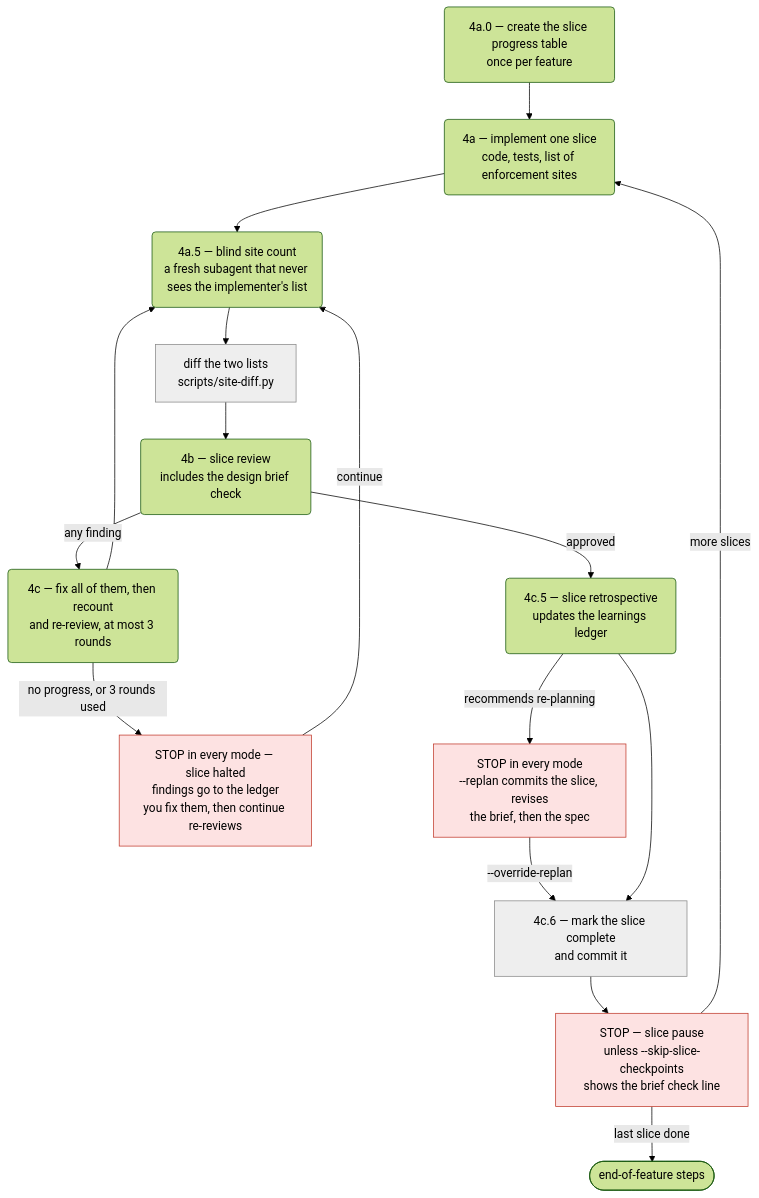
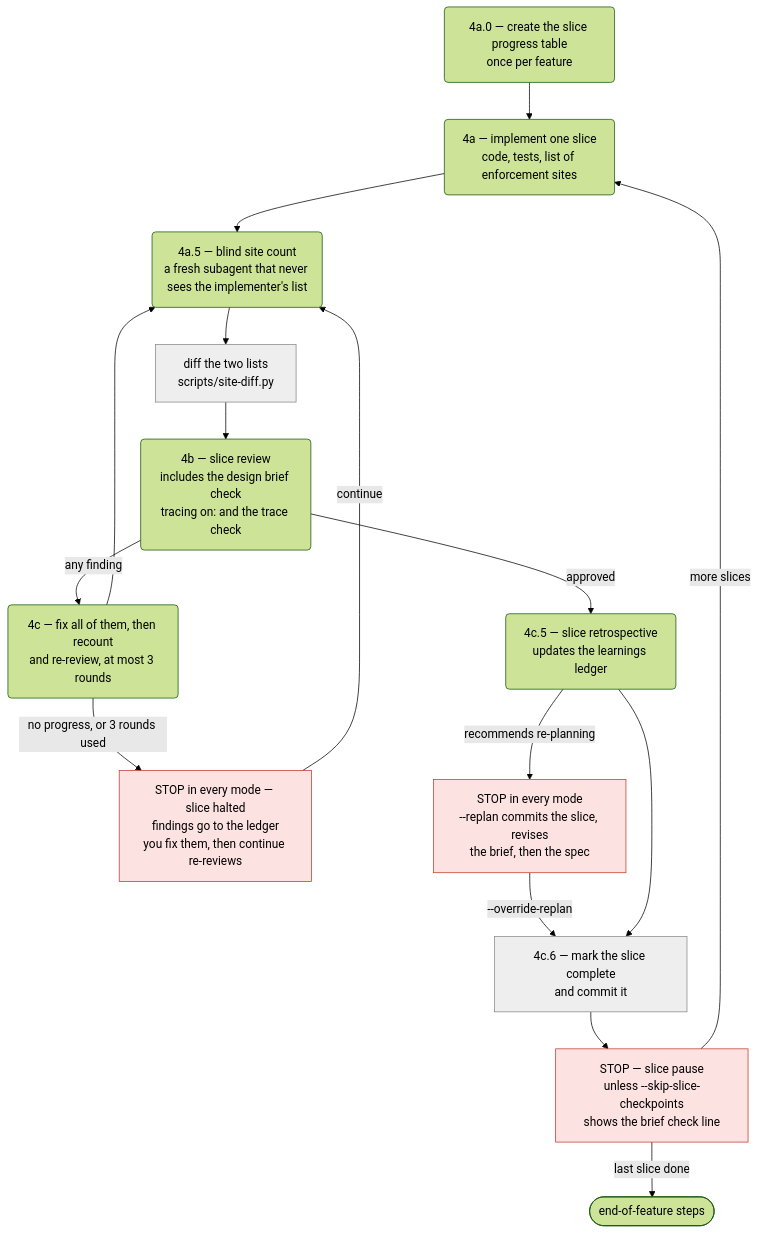
One commit to pablooliva/claude-plugins changed the third of 4 diagrams in agent-engineering/docs/sdd-flow-diagram.md. Above: the diagram before and after it, drawn with Mermaid (forest theme). The commit also changed other lines of this file and 14 other files, not shown here.

First line of the commit message:
ae(3.8.0): tracing inside sdd-flow, and own-function recording — release

````diff
--- a/agent-engineering/docs/sdd-flow-diagram.md
+++ b/agent-engineering/docs/sdd-flow-diagram.md
@@ -93,21 +93,21 @@
 ```mermaid
 flowchart TD
     scaffold("4a.0 — create the slice progress table<br/>once per feature") --> impl("4a — implement one slice<br/>code, tests, list of enforcement sites")
     impl --> count("4a.5 — blind site count<br/>a fresh subagent that never sees the implementer's list")
     count --> diff["diff the two lists<br/>scripts/site-diff.py"]:::orch
-    diff --> review("4b — slice review<br/>includes the design brief check")
+    diff --> review("4b — slice review<br/>includes the design brief check<br/>tracing on: and the trace check")
     review -- "any finding" --> fix("4c — fix all of them, then recount<br/>and re-review, at most 3 rounds")
     fix --> count
     fix -- "no progress, or 3 rounds used" --> halt["STOP in every mode — slice halted<br/>findings go to the ledger<br/>you fix them, then continue re-reviews"]:::stop
     halt -- "continue" --> count
     review -- "approved" --> retro("4c.5 — slice retrospective<br/>updates the learnings ledger")
     retro -- "recommends re-planning" --> replan["STOP in every mode<br/>--replan commits the slice, revises<br/>the brief, then the spec"]:::stop
     replan -- "--override-replan" --> commit
     retro --> commit["4c.6 — mark the slice complete<br/>and commit it"]:::orch
     commit --> pause["STOP — slice pause<br/>unless --skip-slice-checkpoints<br/>shows the brief check line"]:::stop
     pause -- "more slices" --> impl
     pause -- "last slice done" --> eof(["end-of-feature steps"])
 
     classDef stop fill:#fde2e2,stroke:#c0392b,color:#000
     classDef orch fill:#eeeeee,stroke:#888888,color:#000
 ```
````
